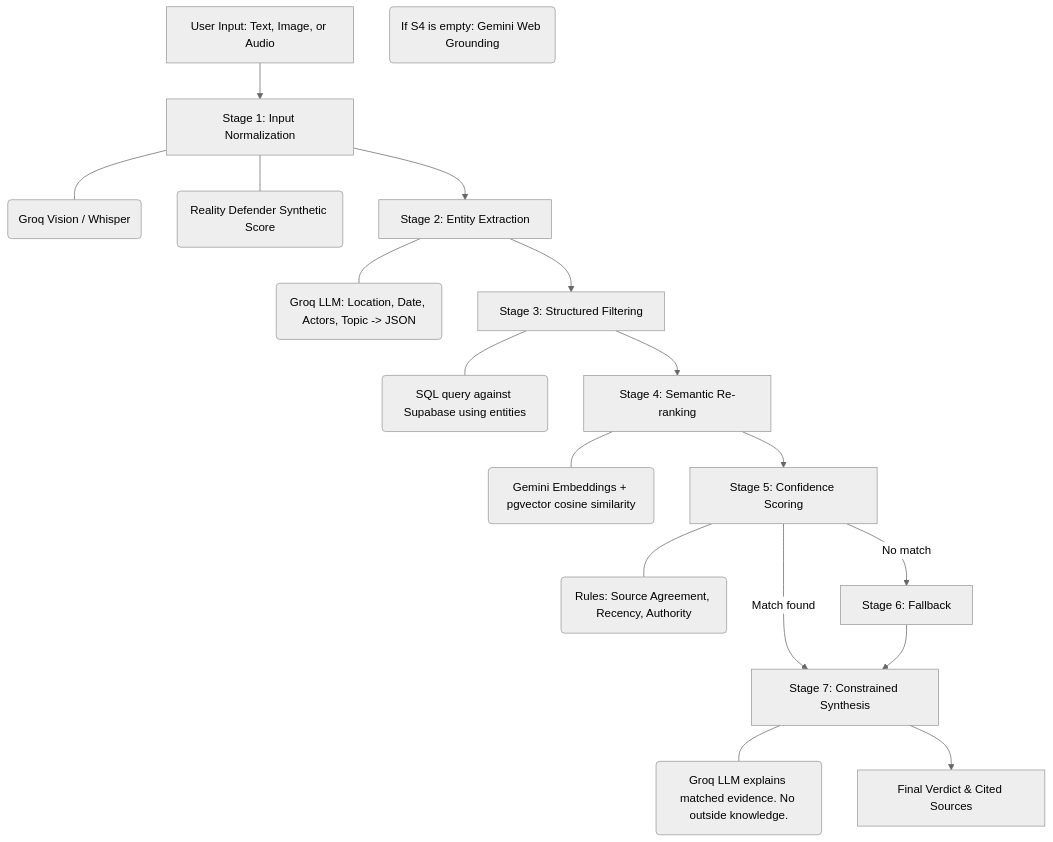
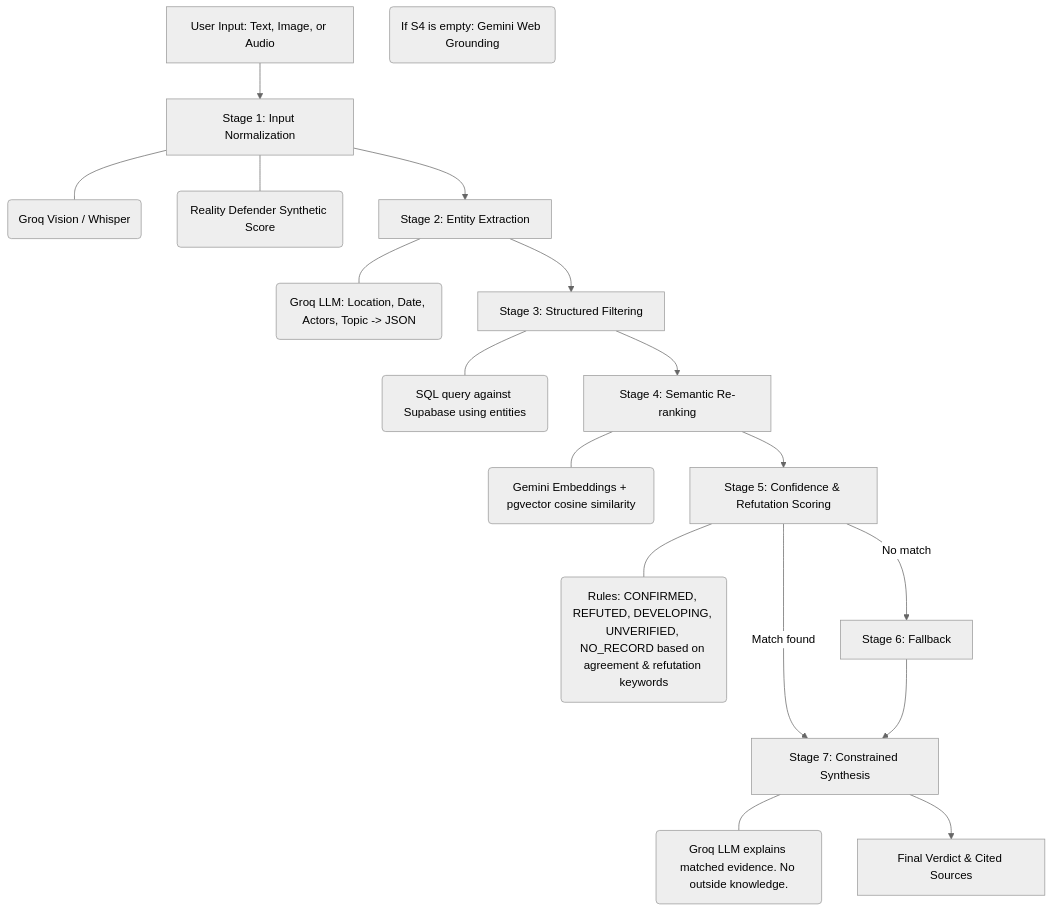
Before and after one commit to Hanu2908/Pramaan: the third of 3 diagrams in docs/Architecture.md, drawn with Mermaid (neutral theme). The commit also changed 5 other files, not shown here.

````diff
--- a/docs/Architecture.md
+++ b/docs/Architecture.md
@@ -74,44 +74,44 @@
 ```mermaid
 flowchart TD
     Input[User Input: Text, Image, or Audio]
     
     S1[Stage 1: Input Normalization]
     S1a(Groq Vision / Whisper)
     S1b(Reality Defender Synthetic Score)
     
     S2[Stage 2: Entity Extraction]
     S2a(Groq LLM: Location, Date, Actors, Topic -> JSON)
     
     S3[Stage 3: Structured Filtering]
     S3a(SQL query against Supabase using entities)
     
     S4[Stage 4: Semantic Re-ranking]
     S4a(Gemini Embeddings + pgvector cosine similarity)
     
-    S5[Stage 5: Confidence Scoring]
-    S5a(Rules: Source Agreement, Recency, Authority)
+    S5[Stage 5: Confidence & Refutation Scoring]
+    S5a(Rules: CONFIRMED, REFUTED, DEVELOPING, UNVERIFIED, NO_RECORD based on agreement & refutation keywords)
     
     S6[Stage 6: Fallback]
     S6a(If S4 is empty: Gemini Web Grounding)
     
     S7[Stage 7: Constrained Synthesis]
     S7a(Groq LLM explains matched evidence. No outside knowledge.)
     
     Verdict[Final Verdict & Cited Sources]
 
     Input --> S1
     S1 --- S1a & S1b
     S1 --> S2
     S2 --- S2a
     S2 --> S3
     S3 --- S3a
     S3 --> S4
     S4 --- S4a
     S4 --> S5
     S5 --- S5a
     S5 -->|Match found| S7
     S5 -->|No match| S6
     S6 --> S7
     S7 --- S7a
     S7 --> Verdict
 ```
````
